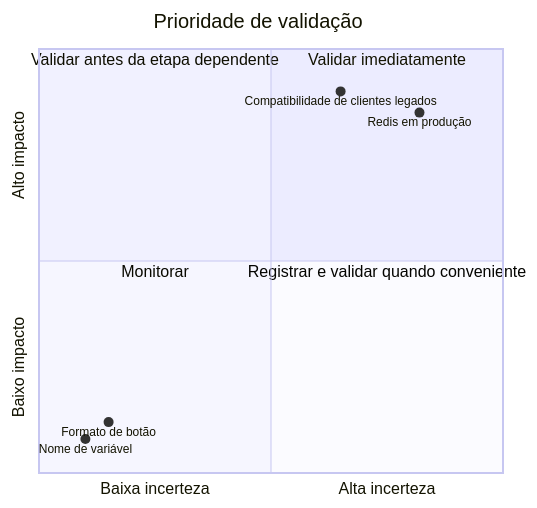
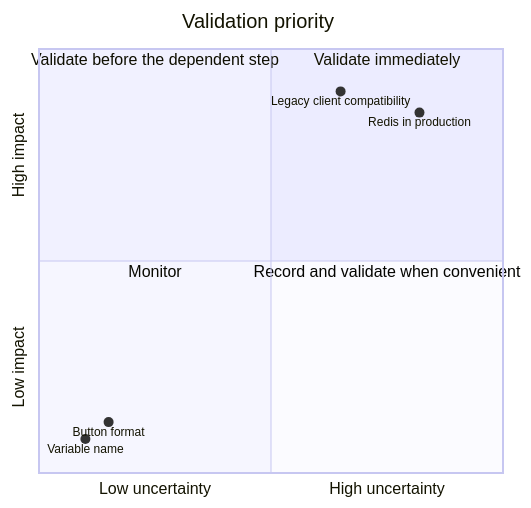
One commit to rpelizza/PelizzAI changed the third of 4 diagrams in .claude/skills/pelizzai-reasoning/techniques/assumption-tracking.md. Above: the diagram before and after it, drawn with Mermaid. The commit also changed other lines of this file and 362 other files, not shown here.

````diff
--- a/.claude/skills/pelizzai-reasoning/techniques/assumption-tracking.md
+++ b/.claude/skills/pelizzai-reasoning/techniques/assumption-tracking.md
@@ -333,14 +333,14 @@
 ```mermaid
 quadrantChart
-    title Prioridade de validação
-    x-axis Baixa incerteza --> Alta incerteza
-    y-axis Baixo impacto --> Alto impacto
-    quadrant-1 Validar imediatamente
-    quadrant-2 Validar antes da etapa dependente
-    quadrant-3 Monitorar
-    quadrant-4 Registrar e validar quando conveniente
-    "Redis em produção": [0.82, 0.85]
-    "Formato de botão": [0.15, 0.12]
-    "Compatibilidade de clientes legados": [0.65, 0.90]
-    "Nome de variável": [0.10, 0.08]
+    title Validation priority
+    x-axis Low uncertainty --> High uncertainty
+    y-axis Low impact --> High impact
+    quadrant-1 Validate immediately
+    quadrant-2 Validate before the dependent step
+    quadrant-3 Monitor
+    quadrant-4 Record and validate when convenient
+    "Redis in production": [0.82, 0.85]
+    "Button format": [0.15, 0.12]
+    "Legacy client compatibility": [0.65, 0.90]
+    "Variable name": [0.10, 0.08]
 ```
````
